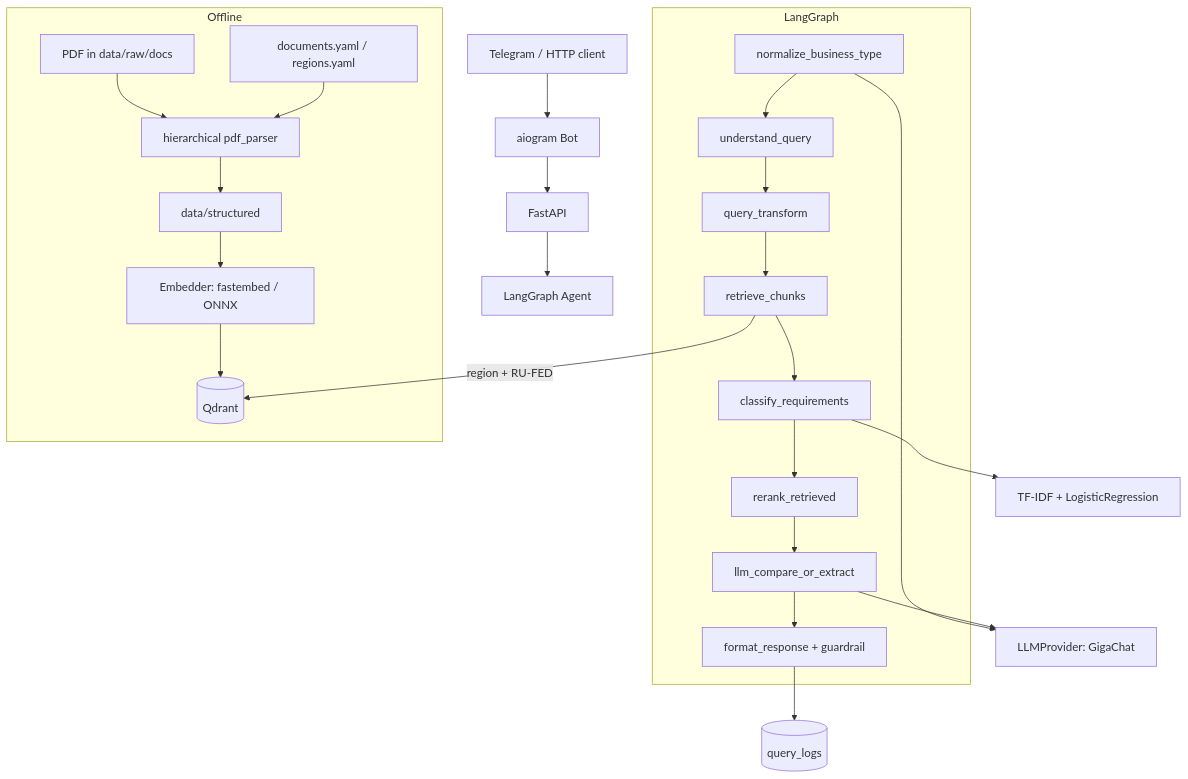
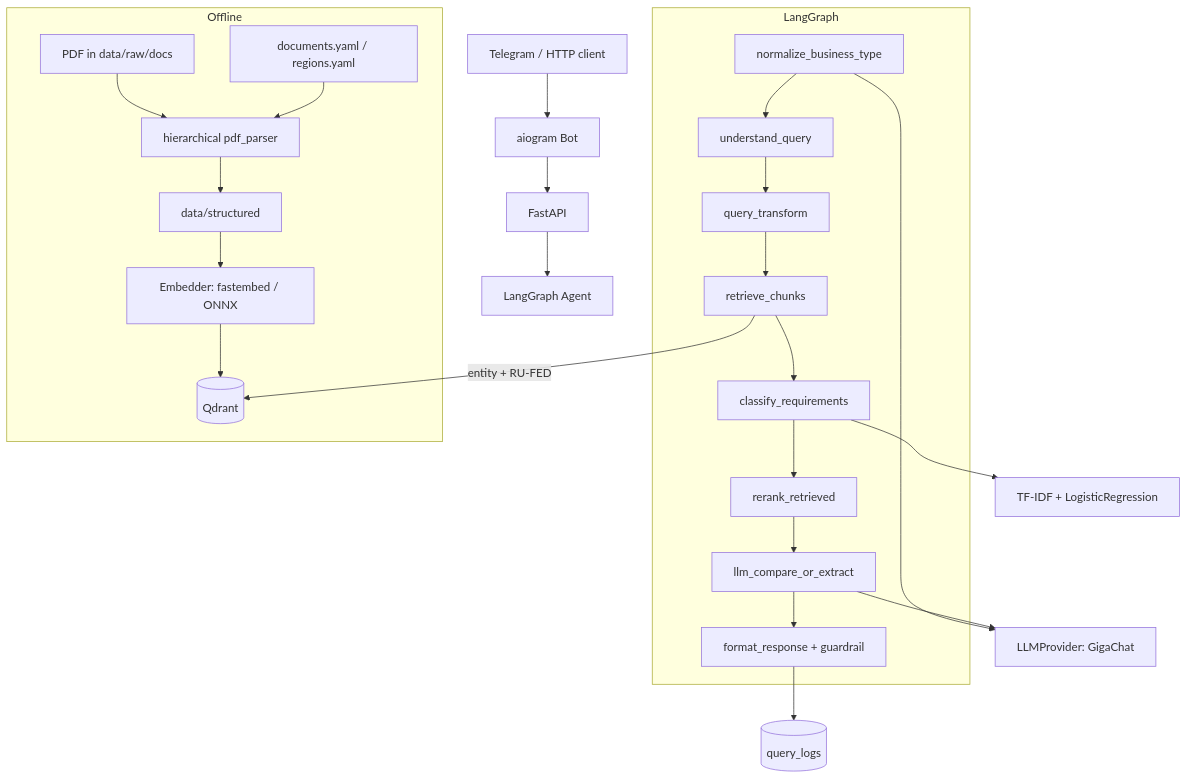
One commit to NikitaMok/RegioBuild changed the diagram in docs/ARCHITECTURE_EN.md. Above: the diagram before and after it, drawn with Mermaid. The commit also changed other lines of this file and 7 other files, not shown here.

````diff
--- a/docs/ARCHITECTURE_EN.md
+++ b/docs/ARCHITECTURE_EN.md
@@ -10,30 +10,30 @@
 ```mermaid
 flowchart TD
     User[Telegram / HTTP client] --> Bot[aiogram Bot]
     Bot --> API[FastAPI]
     API --> Agent[LangGraph Agent]
 
     subgraph AgentFlow [LangGraph]
         N0[normalize_business_type] --> N1[understand_query]
         N1 --> N2[query_transform]
         N2 --> N3[retrieve_chunks]
         N3 --> N4[classify_requirements]
         N4 --> N5[rerank_retrieved]
         N5 --> N6[llm_compare_or_extract]
         N6 --> N7[format_response + guardrail]
     end
 
     N0 --> LLM["LLMProvider: GigaChat"]
-    N3 -- "region + RU-FED" --> VectorDB[(Qdrant)]
+    N3 -- "entity + RU-FED" --> VectorDB[(Qdrant)]
     N4 --> Classifier["TF-IDF + LogisticRegression"]
     N6 --> LLM
     N7 --> QueryLog[(query_logs)]
 
     subgraph Ingestion [Offline]
         PDF[PDF in data/raw/docs] --> Parse[hierarchical pdf_parser]
         Parse --> Structured[data/structured]
         Structured --> Embed["Embedder: fastembed / ONNX"]
         Embed --> VectorDB
         Manifest[documents.yaml / regions.yaml] --> Parse
     end
 ```
````
